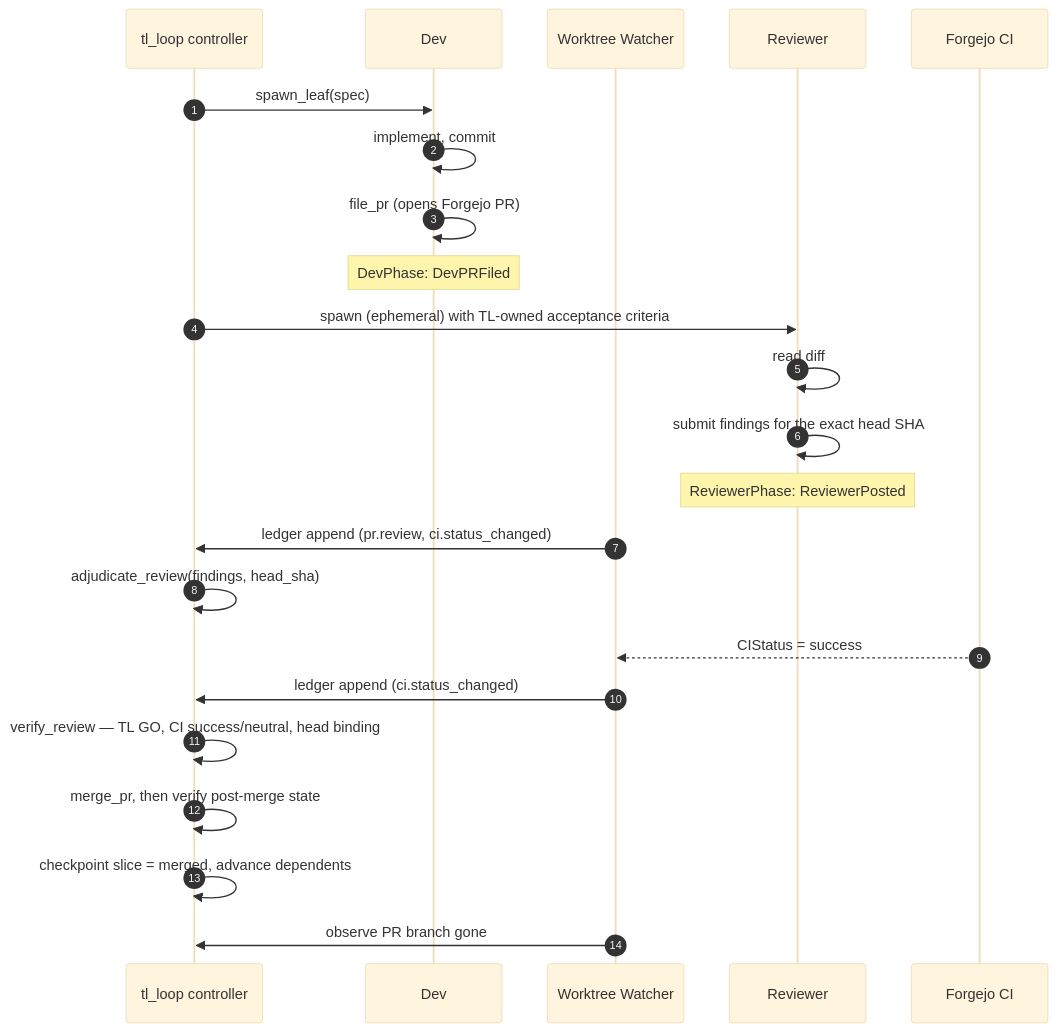
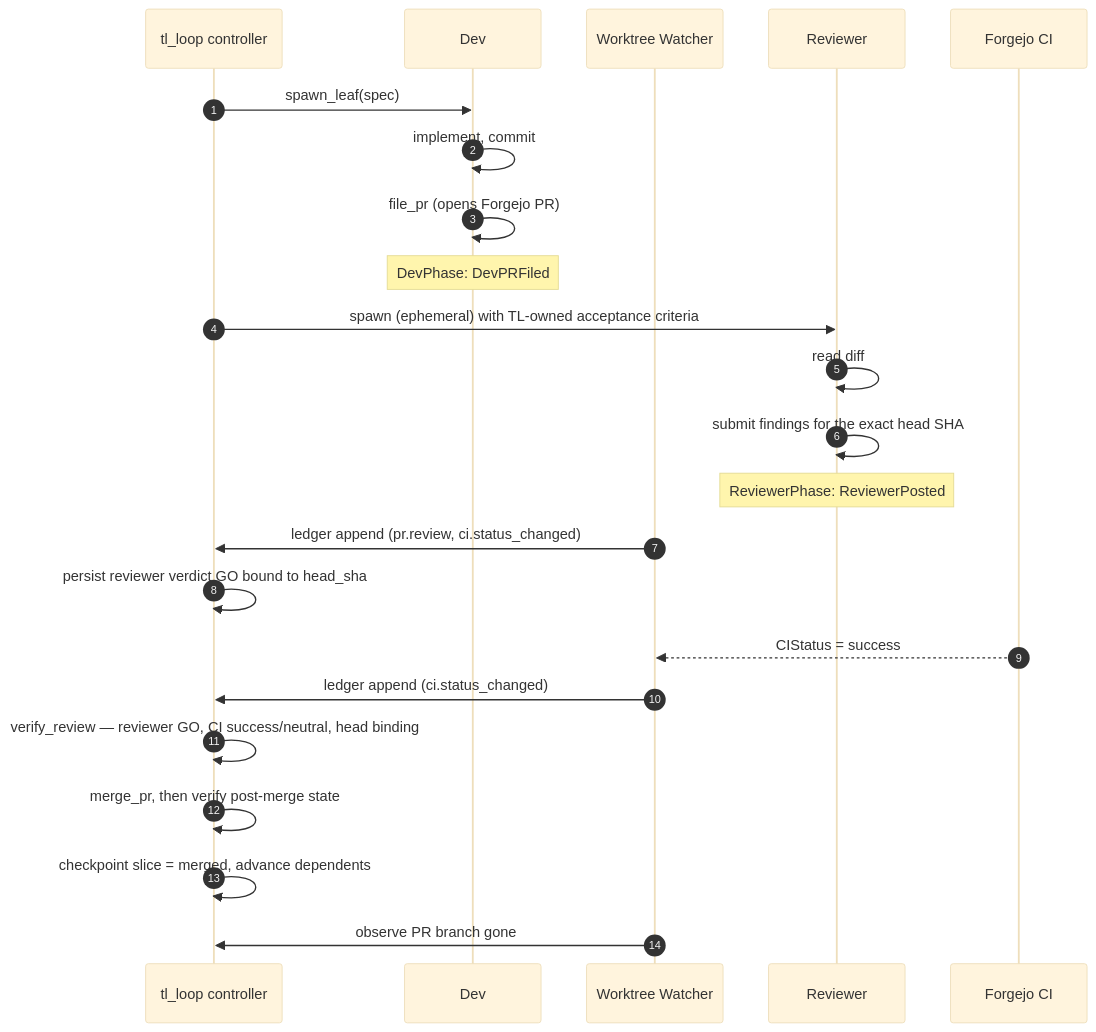
One commit to nanonite/exomonad changed the seventh of 10 diagrams in docs/architecture/agent-system.md. Above: the diagram before and after it, drawn with Mermaid (base theme). The commit also changed other lines of this file and 9 other files, not shown here.

````diff
--- a/docs/architecture/agent-system.md
+++ b/docs/architecture/agent-system.md
@@ -391,26 +405,26 @@
 ```mermaid
 sequenceDiagram
   autonumber
   participant Ctl as tl_loop controller
   participant Dev
   participant Watcher as Worktree Watcher
   participant Reviewer
   participant CI as Forgejo CI
 
   Ctl->>Dev: spawn_leaf(spec)
   Dev->>Dev: implement, commit
   Dev->>Dev: file_pr (opens Forgejo PR)
   Note over Dev: DevPhase: DevPRFiled
   Ctl->>Reviewer: spawn (ephemeral) with TL-owned acceptance criteria
   Reviewer->>Reviewer: read diff
   Reviewer->>Reviewer: submit findings for the exact head SHA
   Note over Reviewer: ReviewerPhase: ReviewerPosted
   Watcher->>Ctl: ledger append (pr.review, ci.status_changed)
-  Ctl->>Ctl: adjudicate_review(findings, head_sha)
+  Ctl->>Ctl: persist reviewer verdict GO bound to head_sha
   CI-->>Watcher: CIStatus = success
   Watcher->>Ctl: ledger append (ci.status_changed)
-  Ctl->>Ctl: verify_review — TL GO, CI success/neutral, head binding
+  Ctl->>Ctl: verify_review — reviewer GO, CI success/neutral, head binding
   Ctl->>Ctl: merge_pr, then verify post-merge state
   Ctl->>Ctl: checkpoint slice = merged, advance dependents
   Watcher->>Ctl: observe PR branch gone
 ```
````
